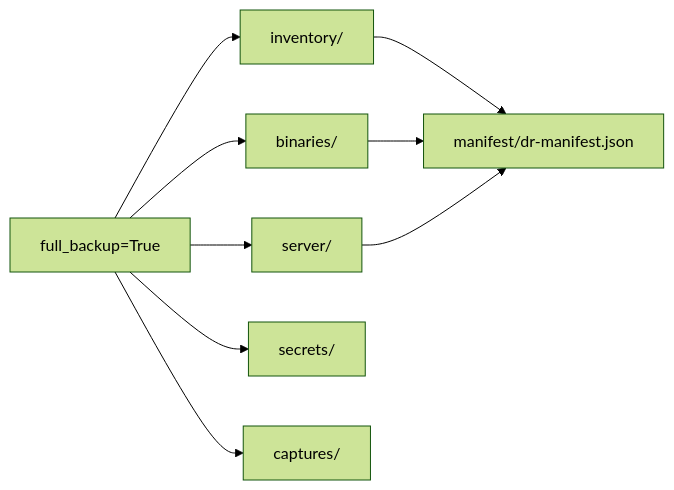
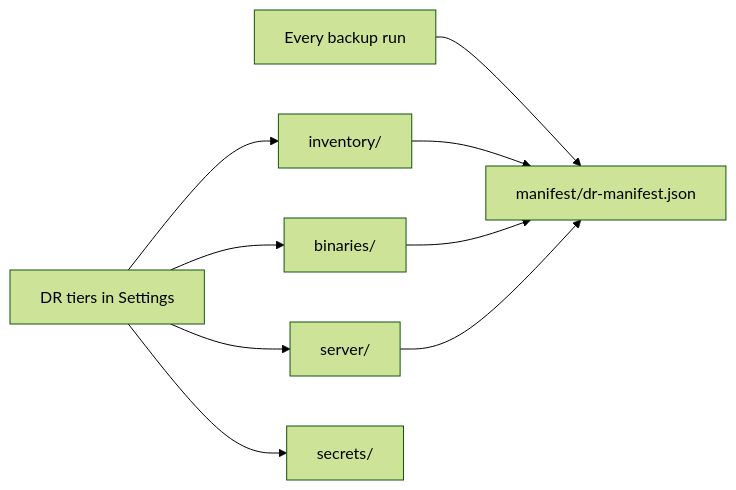
The diagram in docs/output/dr-bundle-directories.md (roto31/jamf-dossier), drawn with Mermaid (forest theme) before and after one commit. The commit also changed other lines of this file and 26 other files, not shown here.

First line of the commit message:
docs: v0.4.0 consumer pages, Mermaid, and nav parity

````diff
--- a/docs/output/dr-bundle-directories.md
+++ b/docs/output/dr-bundle-directories.md
@@ -11,11 +13,11 @@
 ```mermaid
 flowchart LR
-  FullBackup["full_backup=True"] --> Inv["inventory/"]
-  FullBackup --> Bin["binaries/"]
-  FullBackup --> Srv["server/"]
-  FullBackup --> Sec["secrets/"]
-  FullBackup --> Cap["captures/"]
-  Inv --> DRManifest["manifest/dr-manifest.json"]
+  EveryRun["Every backup run"] --> DRManifest["manifest/dr-manifest.json"]
+  Settings["DR tiers in Settings"] --> Inv["inventory/"]
+  Settings --> Bin["binaries/"]
+  Settings --> Srv["server/"]
+  Settings --> Sec["secrets/"]
+  Inv --> DRManifest
   Bin --> DRManifest
   Srv --> DRManifest
 ```
````
